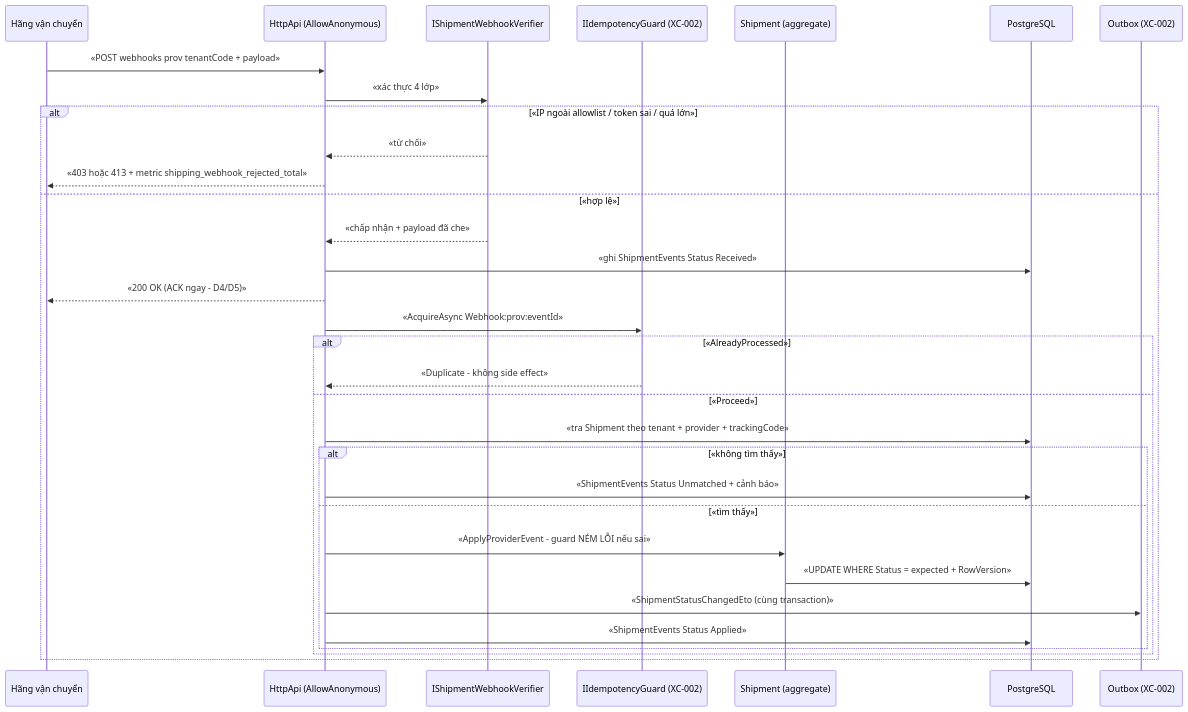
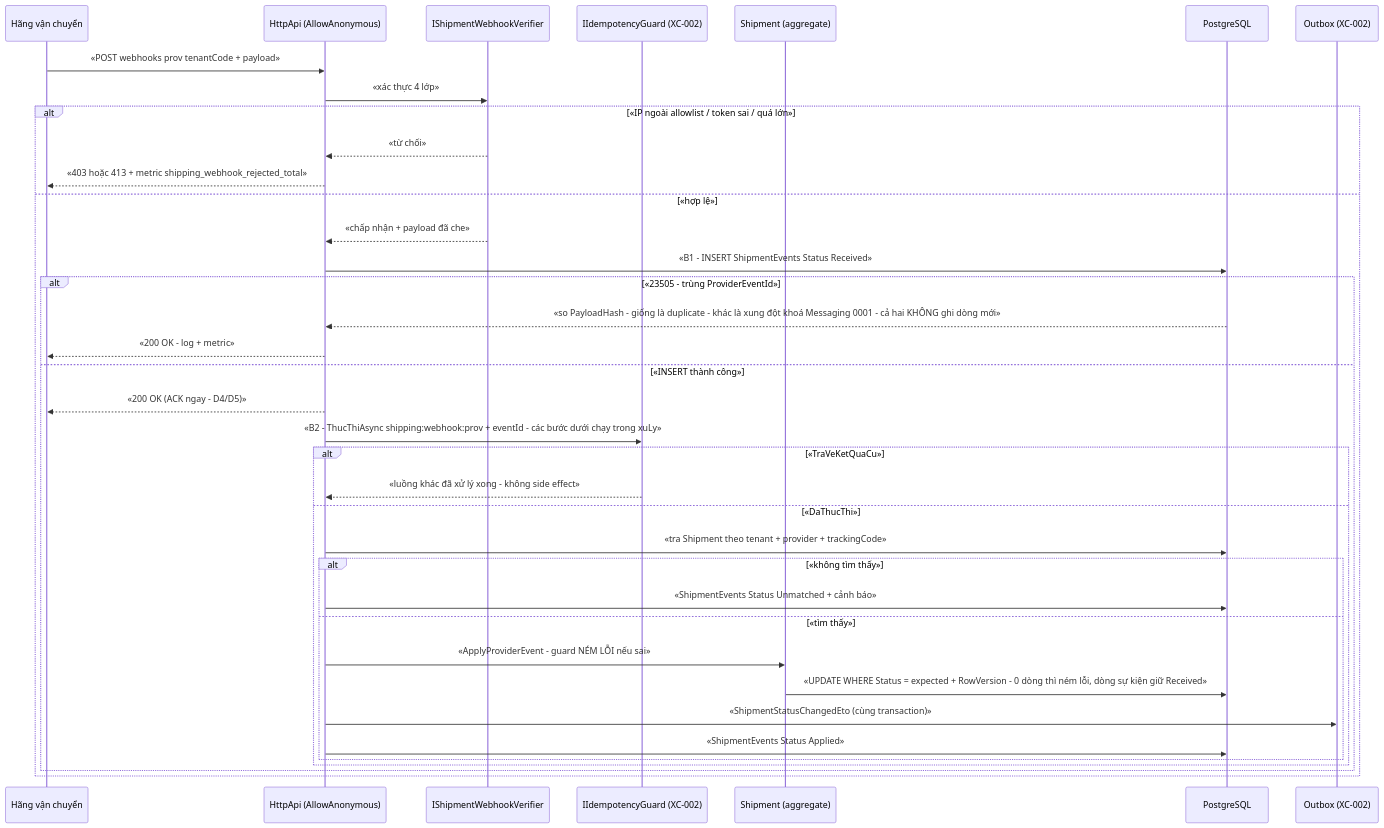
Before and after one commit to hungnt9801/eCommerce: the third of 4 diagrams in docs/features/shipping/shp-002-webhook-trang-thai-van-don.md, drawn with Mermaid. The commit also changed other lines of this file and 2 other files, not shown here.

````diff
--- a/docs/features/shipping/shp-002-webhook-trang-thai-van-don.md
+++ b/docs/features/shipping/shp-002-webhook-trang-thai-van-don.md
@@ -222,35 +245,40 @@
 ```mermaid
 sequenceDiagram
     participant HV as Hãng vận chuyển
     participant API as HttpApi (AllowAnonymous)
     participant GUARD as IShipmentWebhookVerifier
     participant IDEM as IIdempotencyGuard (XC-002)
     participant DOM as Shipment (aggregate)
     participant DB as PostgreSQL
     participant BUS as Outbox (XC-002)
 
     HV->>API: «POST webhooks prov tenantCode + payload»
     API->>GUARD: «xác thực 4 lớp»
     alt «IP ngoài allowlist / token sai / quá lớn»
         GUARD-->>API: «từ chối»
         API-->>HV: «403 hoặc 413 + metric shipping_webhook_rejected_total»
     else «hợp lệ»
         GUARD-->>API: «chấp nhận + payload đã che»
-        API->>DB: «ghi ShipmentEvents Status Received»
-        API-->>HV: «200 OK (ACK ngay - D4/D5)»
-        API->>IDEM: «AcquireAsync Webhook:prov:eventId»
-        alt «AlreadyProcessed»
-            IDEM-->>API: «Duplicate - không side effect»
-        else «Proceed»
-            API->>DB: «tra Shipment theo tenant + provider + trackingCode»
-            alt «không tìm thấy»
-                API->>DB: «ShipmentEvents Status Unmatched + cảnh báo»
-            else «tìm thấy»
-                API->>DOM: «ApplyProviderEvent - guard NÉM LỖI nếu sai»
-                DOM->>DB: «UPDATE WHERE Status = expected + RowVersion»
-                API->>BUS: «ShipmentStatusChangedEto (cùng transaction)»
-                API->>DB: «ShipmentEvents Status Applied»
+        API->>DB: «B1 - INSERT ShipmentEvents Status Received»
+        alt «23505 - trùng ProviderEventId»
+            DB-->>API: «so PayloadHash - giống là duplicate - khác là xung đột khoá Messaging 0001 - cả hai KHÔNG ghi dòng mới»
+            API-->>HV: «200 OK - log + metric»
+        else «INSERT thành công»
+            API-->>HV: «200 OK (ACK ngay - D4/D5)»
+            API->>IDEM: «B2 - ThucThiAsync shipping:webhook:prov + eventId - các bước dưới chạy trong xuLy»
+            alt «TraVeKetQuaCu»
+                IDEM-->>API: «luồng khác đã xử lý xong - không side effect»
+            else «DaThucThi»
+                API->>DB: «tra Shipment theo tenant + provider + trackingCode»
+                alt «không tìm thấy»
+                    API->>DB: «ShipmentEvents Status Unmatched + cảnh báo»
+                else «tìm thấy»
+                    API->>DOM: «ApplyProviderEvent - guard NÉM LỖI nếu sai»
+                    DOM->>DB: «UPDATE WHERE Status = expected + RowVersion - 0 dòng thì ném lỗi, dòng sự kiện giữ Received»
+                    API->>BUS: «ShipmentStatusChangedEto (cùng transaction)»
+                    API->>DB: «ShipmentEvents Status Applied»
+                end
             end
         end
     end
 ```
````
